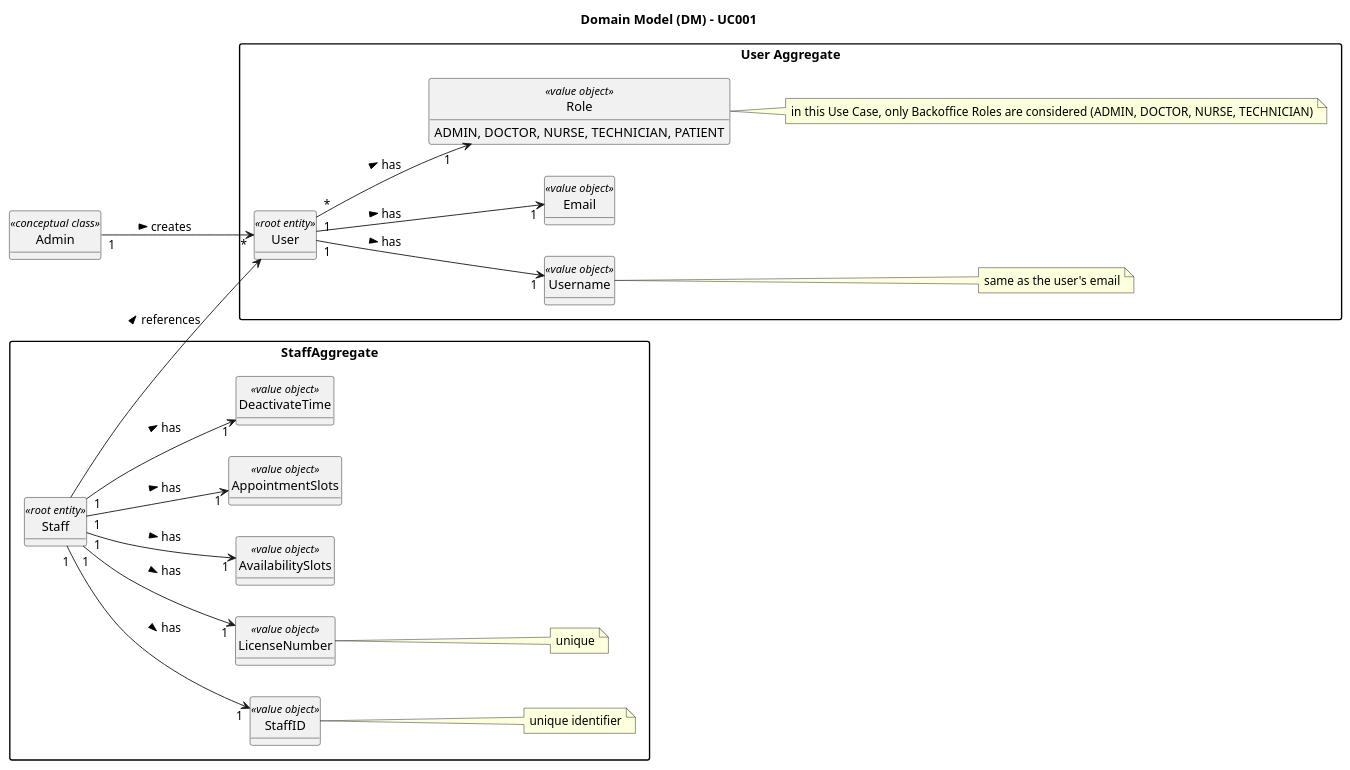
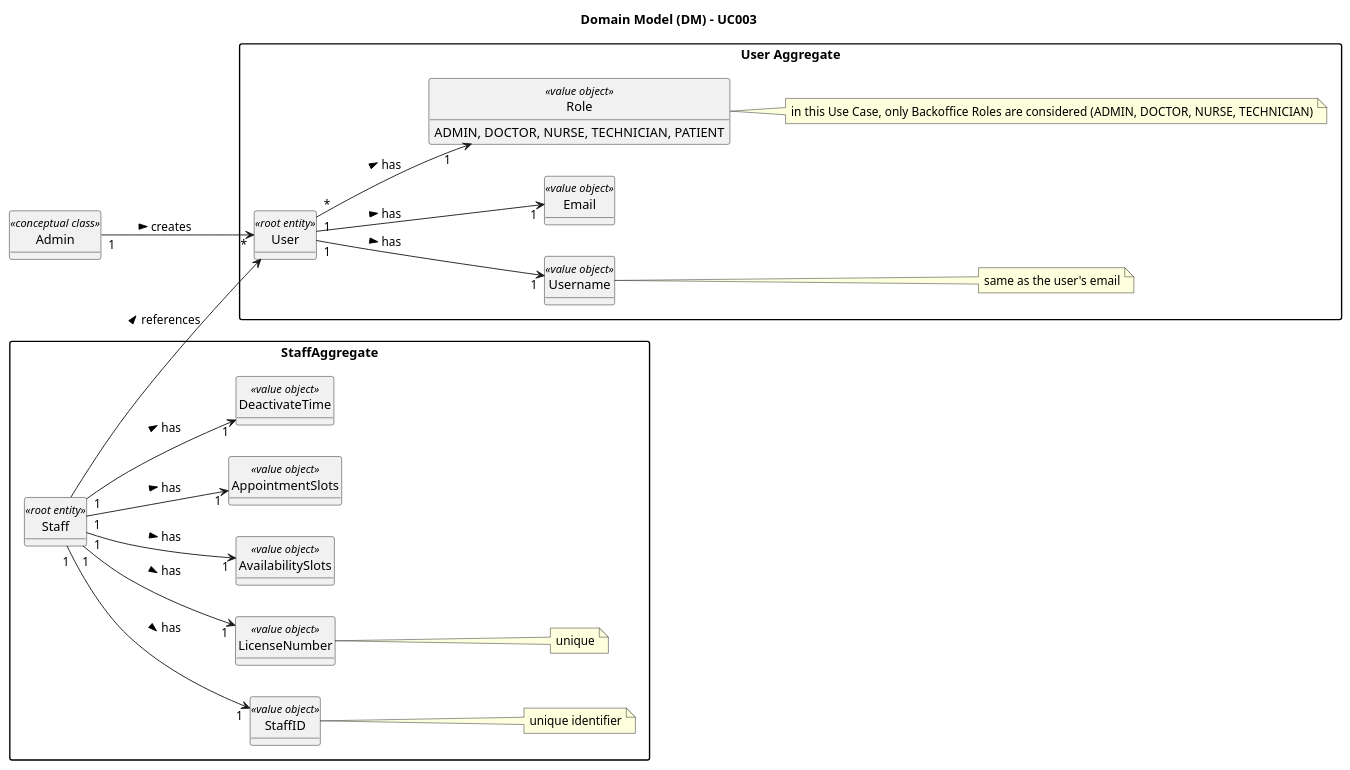
One commit to 1221124/sem5pi-24-25-g031 changed the diagram in docs/SprintA/UseCases/UC003/02.analysis/puml/uc003-domain-model.puml. Above: the diagram before and after it, drawn with PlantUML. The commit also changed 2 other files, not shown here.

```diff
--- a/docs/SprintA/UseCases/UC003/02.analysis/puml/uc003-domain-model.puml
+++ b/docs/SprintA/UseCases/UC003/02.analysis/puml/uc003-domain-model.puml
@@ -1,53 +1,53 @@
-@startuml uc001-domain-model
+@startuml uc003-domain-model
 
 skinparam packageStyle rectangle
 skinparam shadowing false
 
 skinparam classAttributeIconSize 0
 
 top to bottom direction
 left to right direction
 
 hide circle
 hide methods
 
-title Domain Model (DM) - UC001
+title Domain Model (DM) - UC003
 
 package "User Aggregate" {
     class User <<root entity>>
     class Username <<value object>>
     note right of Username: same as the user's email
     class Email <<value object>>
     class Role <<value object>> {
         ADMIN, DOCTOR, NURSE, TECHNICIAN, PATIENT
     }
     note right of Role: in this Use Case, only Backoffice Roles are considered (ADMIN, DOCTOR, NURSE, TECHNICIAN)
 }
 
 package StaffAggregate {
     class Staff <<root entity>>
     class StaffID <<value object>>
     note right of StaffID: unique identifier
     class LicenseNumber <<value object>>
     note right of LicenseNumber: unique
     class AvailabilitySlots <<value object>>
     class AppointmentSlots <<value object>>
     class DeactivateTime <<value object>>
 }
 
 class Admin <<conceptual class>>
 
 Admin "1" --> "*" User: creates >
 
 User "1" --> "1" Username: has >
 User "1" --> "1" Email: has >
 User "*" --> "1" Role: has >
 
 Staff --> User: references >
 Staff "1" --> "1" StaffID: has >
 Staff "1" --> "1" LicenseNumber: has >
 Staff "1" --> "1" AvailabilitySlots: has >
 Staff "1" --> "1" AppointmentSlots: has >
 Staff "1" --> "1" DeactivateTime: has >
 
 @enduml
```
